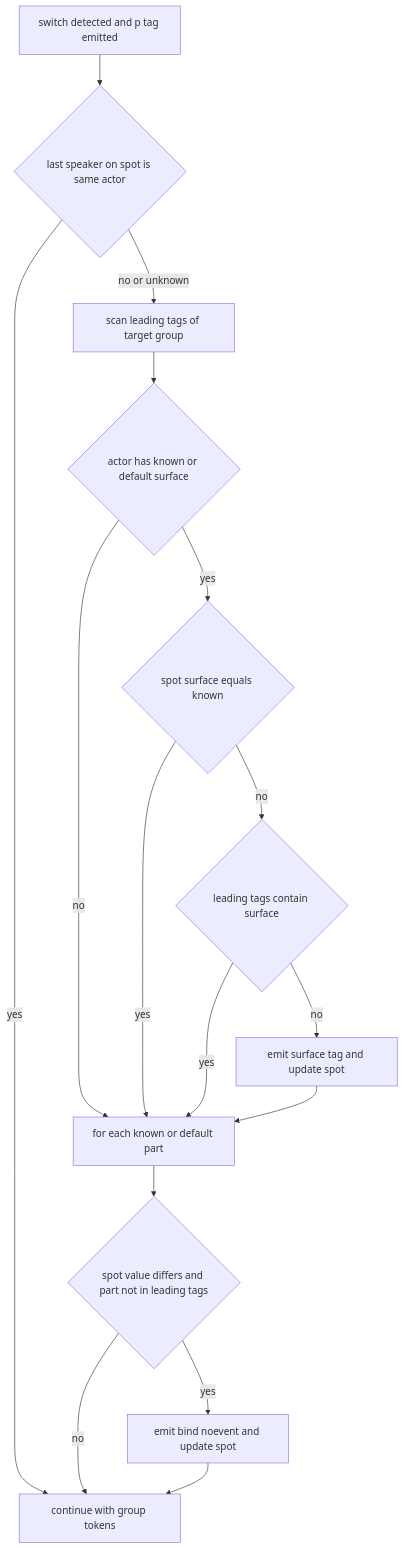
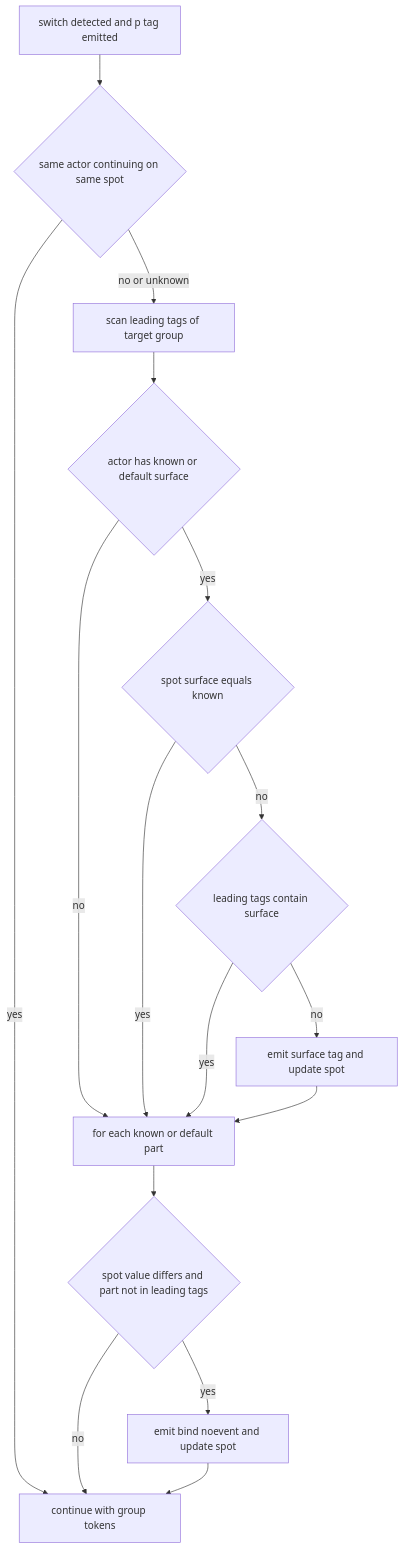
One commit to ekicyou/pasta changed the second of 2 diagrams in .kiro/specs/actor-surface-restore/design.md. Above: the diagram before and after it, drawn with Mermaid. The commit also changed other lines of this file and 1 other file, not shown here.

Commit message:
docs(actor-surface-restore): amend design discussion #1 - keep restore when actor returns from another spot

````diff
--- a/.kiro/specs/actor-surface-restore/design.md
+++ b/.kiro/specs/actor-surface-restore/design.md
@@ -123,18 +123,18 @@
 ```mermaid
 flowchart TD
-    Start[switch detected and p tag emitted] --> Owner{last speaker on spot is same actor}
+    Start[switch detected and p tag emitted] --> Owner{same actor continuing on same spot}
     Owner -- yes --> Done
     Owner -- no or unknown --> Lead[scan leading tags of target group]
     Lead --> KnownS{actor has known or default surface}
     KnownS -- no --> Bind
     KnownS -- yes --> SameS{spot surface equals known}
     SameS -- yes --> Bind
     SameS -- no --> LeadS{leading tags contain surface}
     LeadS -- yes --> Bind
     LeadS -- no --> EmitS[emit surface tag and update spot]
     EmitS --> Bind[for each known or default part]
     Bind --> DiffB{spot value differs and part not in leading tags}
     DiffB -- yes --> EmitB[emit bind noevent and update spot]
     DiffB -- no --> Done[continue with group tokens]
     EmitB --> Done
 ```
````
